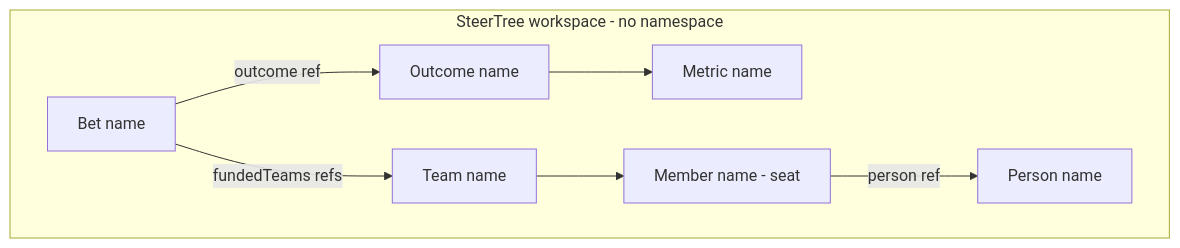
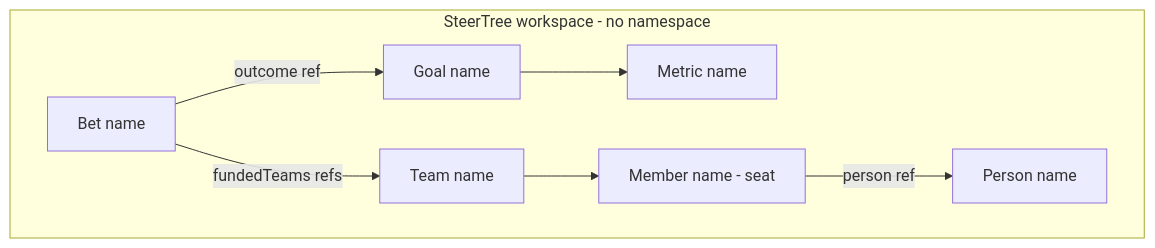
One commit to mzworthington/steerco changed the diagram in docs/ADRs/0006-steerspec-name-and-kinded-refs.md. Above: the diagram before and after it, drawn with Mermaid. The commit also changed other lines of this file and 90 other files, not shown here.

````diff
--- a/docs/ADRs/0006-steerspec-name-and-kinded-refs.md
+++ b/docs/ADRs/0006-steerspec-name-and-kinded-refs.md
@@ -75,16 +75,16 @@
 ```mermaid
 flowchart TB
   subgraph workspace [SteerTree workspace - no namespace]
-    O[Outcome name]
+    O[Goal name]
     M[Metric name]
     B[Bet name]
     T[Team name]
     P[Person name]
     S[Member name - seat]
     O --> M
     B -->|outcome ref| O
     B -->|fundedTeams refs| T
     T --> S
     S -->|person ref| P
   end
 ```
````
